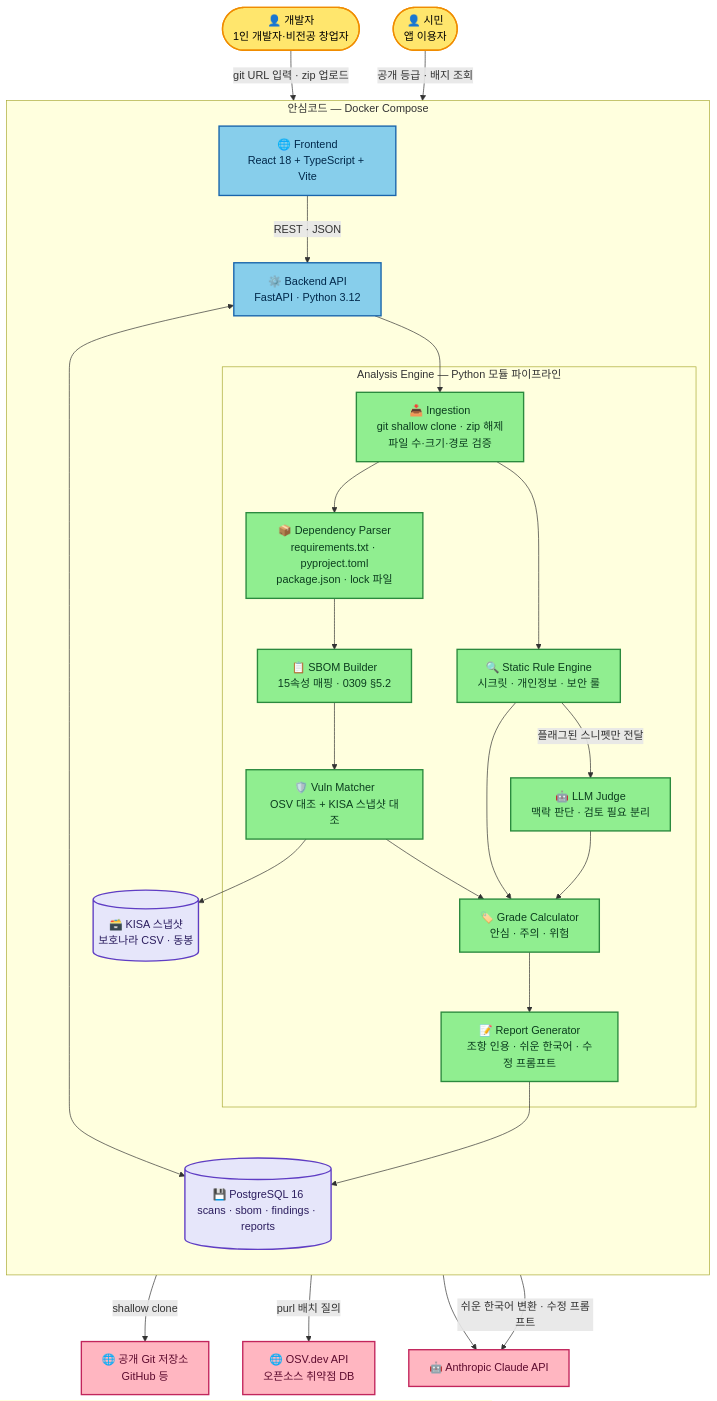
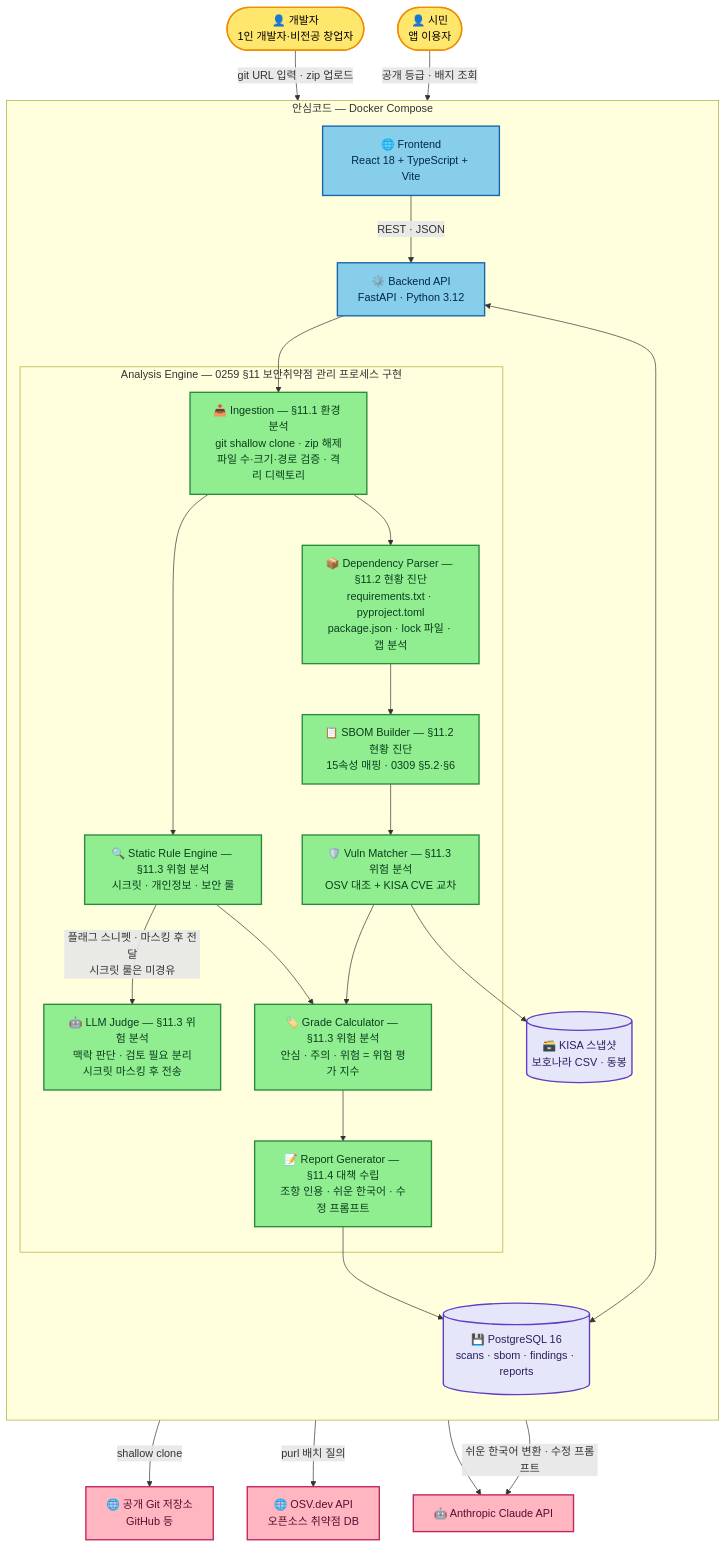
One commit to fmaPark/ansim-code changed the first of 5 diagrams in docs/tdd.md. Above: the diagram before and after it, drawn with Mermaid. The commit also changed other lines of this file and 1 other file, not shown here.

````diff
--- a/docs/tdd.md
+++ b/docs/tdd.md
@@ -92,62 +102,61 @@
 ```mermaid
 graph TB
     Dev([👤 개발자<br/>1인 개발자·비전공 창업자])
     Citizen([👤 시민<br/>앱 이용자])
 
     subgraph AnsimCode["안심코드 — Docker Compose"]
         direction TB
         FE[🌐 Frontend<br/>React 18 + TypeScript + Vite]
         API[⚙️ Backend API<br/>FastAPI · Python 3.12]
 
-        subgraph Engine["Analysis Engine — Python 모듈 파이프라인"]
-            ING[📥 Ingestion<br/>git shallow clone · zip 해제<br/>파일 수·크기·경로 검증]
-            DEP[📦 Dependency Parser<br/>requirements.txt · pyproject.toml<br/>package.json · lock 파일]
-            SBOM[📋 SBOM Builder<br/>15속성 매핑 · 0309 §5.2]
-            VULN[🛡️ Vuln Matcher<br/>OSV 대조 + KISA 스냅샷 대조]
-            RULES[🔍 Static Rule Engine<br/>시크릿 · 개인정보 · 보안 룰]
-            LLMJ[🤖 LLM Judge<br/>맥락 판단 · 검토 필요 분리]
-            REPORT[📝 Report Generator<br/>조항 인용 · 쉬운 한국어 · 수정 프롬프트]
-            GRADE[🏷️ Grade Calculator<br/>안심 · 주의 · 위험]
+        subgraph Engine["Analysis Engine — 0259 §11 보안취약점 관리 프로세스 구현"]
+            ING[📥 Ingestion — §11.1 환경 분석<br/>git shallow clone · zip 해제<br/>파일 수·크기·경로 검증 · 격리 디렉토리]
+            DEP[📦 Dependency Parser — §11.2 현황 진단<br/>requirements.txt · pyproject.toml<br/>package.json · lock 파일 · 갭 분석]
+            SBOM[📋 SBOM Builder — §11.2 현황 진단<br/>15속성 매핑 · 0309 §5.2·§6]
+            VULN[🛡️ Vuln Matcher — §11.3 위험 분석<br/>OSV 대조 + KISA CVE 교차]
+            RULES[🔍 Static Rule Engine — §11.3 위험 분석<br/>시크릿 · 개인정보 · 보안 룰]
+            LLMJ[🤖 LLM Judge — §11.3 위험 분석<br/>맥락 판단 · 검토 필요 분리<br/>시크릿 마스킹 후 전송]
+            GRADE[🏷️ Grade Calculator — §11.3 위험 분석<br/>안심 · 주의 · 위험 = 위험 평가 지수]
+            REPORT[📝 Report Generator — §11.4 대책 수립<br/>조항 인용 · 쉬운 한국어 · 수정 프롬프트]
         end
 
         DB[(💾 PostgreSQL 16<br/>scans · sbom · findings · reports)]
         KISA[(🗃️ KISA 스냅샷<br/>보호나라 CSV · 동봉)]
     end
 
     GIT[🌐 공개 Git 저장소<br/>GitHub 등]
     OSV[🌐 OSV.dev API<br/>오픈소스 취약점 DB]
     CLAUDE[🤖 Anthropic Claude API]
 
     Dev -->|git URL 입력 · zip 업로드| FE
     Citizen -->|공개 등급 · 배지 조회| FE
     FE -->|REST · JSON| API
     API --> ING
     ING -->|shallow clone| GIT
     ING --> DEP
     DEP --> SBOM
     SBOM --> VULN
     VULN -->|purl 배치 질의| OSV
     VULN --> KISA
     ING --> RULES
-    RULES -->|플래그된 스니펫만 전달| LLMJ
+    RULES -->|플래그 스니펫 · 마스킹 후 전달<br/>시크릿 룰은 미경유| LLMJ
     LLMJ --> CLAUDE
     VULN --> GRADE
     RULES --> GRADE
-    LLMJ --> GRADE
     GRADE --> REPORT
     REPORT -->|쉬운 한국어 변환 · 수정 프롬프트| CLAUDE
     API <--> DB
     REPORT --> DB
 
     classDef user fill:#FFE66D,stroke:#F08C00,stroke-width:2px,color:#000
     classDef front fill:#87CEEB,stroke:#1864AB,stroke-width:2px,color:#00284A
     classDef engine fill:#90EE90,stroke:#2B8A3E,stroke-width:2px,color:#0B3D1E
     classDef data fill:#E6E6FA,stroke:#5F3DC4,stroke-width:2px,color:#2B1D5E
     classDef external fill:#FFB6C1,stroke:#C2255C,stroke-width:2px,color:#5C0A2E
 
     class Dev,Citizen user
     class FE,API front
     class ING,DEP,SBOM,VULN,RULES,LLMJ,REPORT,GRADE engine
     class DB,KISA data
     class GIT,OSV,CLAUDE external
 ```
````
